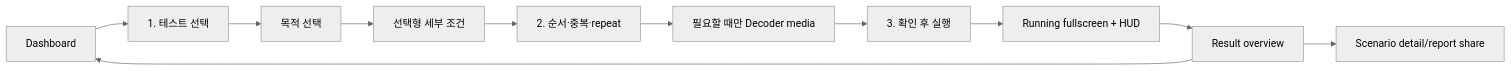
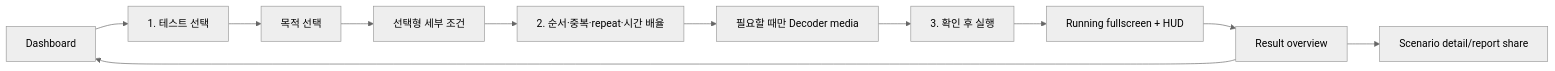
Before and after one commit to sinpie/dpu-layer-lab: the diagram in docs/UI_SPEC.md, drawn with Mermaid (neutral theme). The commit also changed other lines of this file and 35 other files, not shown here.

````diff
--- a/docs/UI_SPEC.md
+++ b/docs/UI_SPEC.md
@@ -45,13 +45,13 @@
 ```mermaid
 flowchart LR
     D["Dashboard"] --> SEL["1. 테스트 선택"]
     SEL --> P["목적 선택"]
     P --> C["선택형 세부 조건"]
-    C --> Q["2. 순서·중복·repeat"]
+    C --> Q["2. 순서·중복·repeat·시간 배율"]
     Q --> M["필요할 때만 Decoder media"]
     M --> V["3. 확인 후 실행"]
     V --> R["Running fullscreen + HUD"]
     R --> O["Result overview"]
     O --> SHARE["Scenario detail/report share"]
     O --> D
 ```
````
